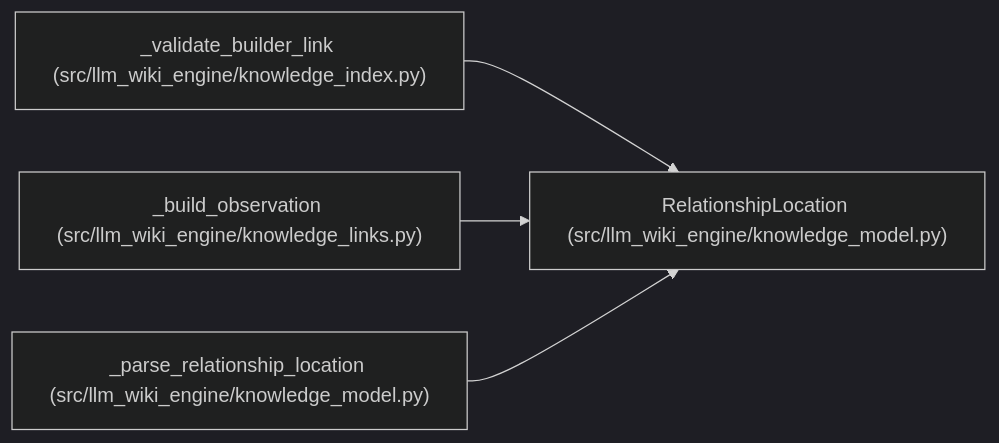
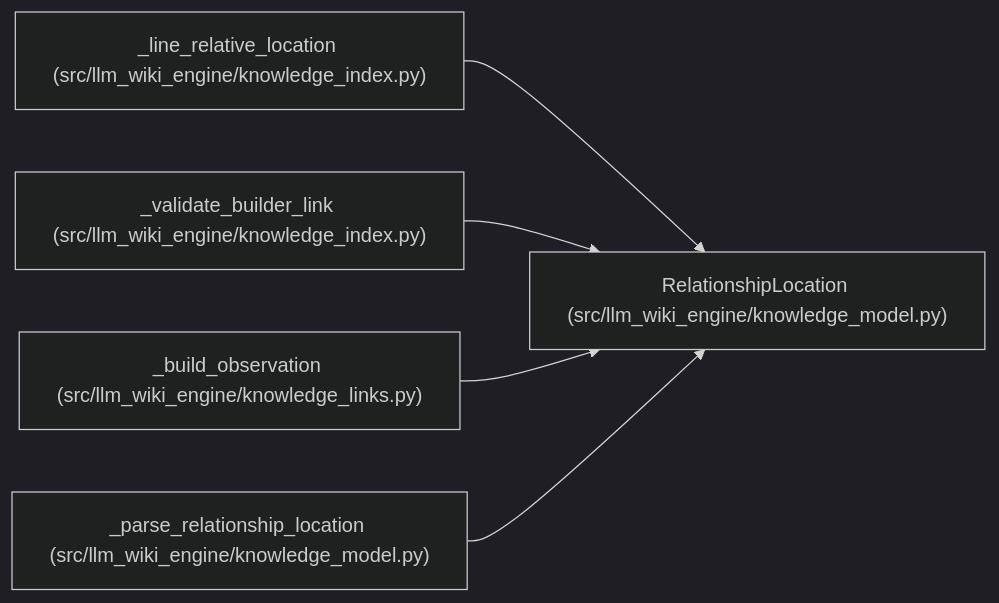
Before and after one commit to Denissvgn/python-wiki-llm: the diagram in docs/llm_wiki/entities/RelationshipLocation.md, drawn with Mermaid (dark theme). The commit also changed other lines of this file and 725 other files, not shown here.

````diff
--- a/docs/llm_wiki/entities/RelationshipLocation.md
+++ b/docs/llm_wiki/entities/RelationshipLocation.md
@@ -29,14 +29,17 @@
 ```mermaid
 flowchart LR
     n0["RelationshipLocation (src/llm_wiki_engine/knowledge_model.py)"]
-    n1["_validate_builder_link (src/llm_wiki_engine/knowledge_index.py)"]
-    n2["_build_observation (src/llm_wiki_engine/knowledge_links.py)"]
-    n3["_parse_relationship_location (src/llm_wiki_engine/knowledge_model.py)"]
+    n1["_line_relative_location (src/llm_wiki_engine/knowledge_index.py)"]
+    n2["_validate_builder_link (src/llm_wiki_engine/knowledge_index.py)"]
+    n3["_build_observation (src/llm_wiki_engine/knowledge_links.py)"]
+    n4["_parse_relationship_location (src/llm_wiki_engine/knowledge_model.py)"]
     n1 --> n0
     n2 --> n0
     n3 --> n0
+    n4 --> n0
     click n0 "../modules/knowledge_model.md"
     click n1 "../modules/knowledge_index.md"
-    click n2 "../modules/knowledge_links.md"
-    click n3 "../modules/knowledge_model.md"
+    click n2 "../modules/knowledge_index.md"
+    click n3 "../modules/knowledge_links.md"
+    click n4 "../modules/knowledge_model.md"
 ```
````
